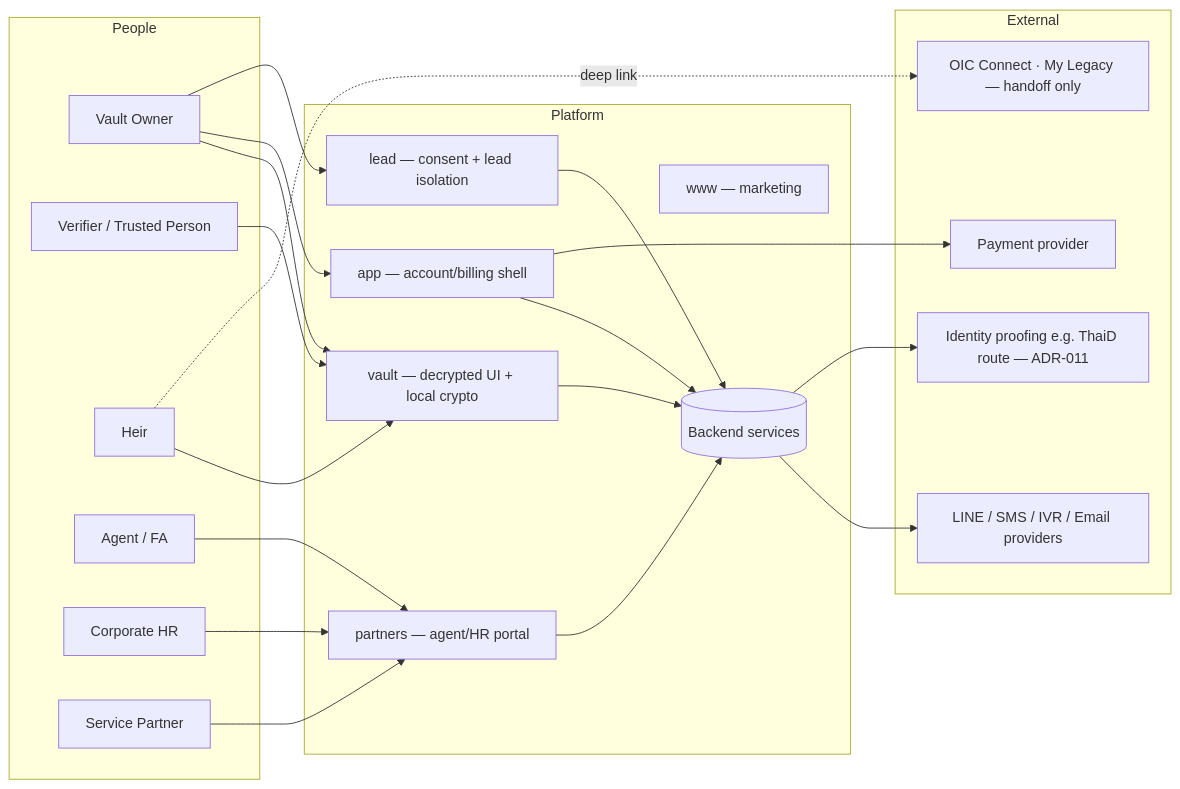
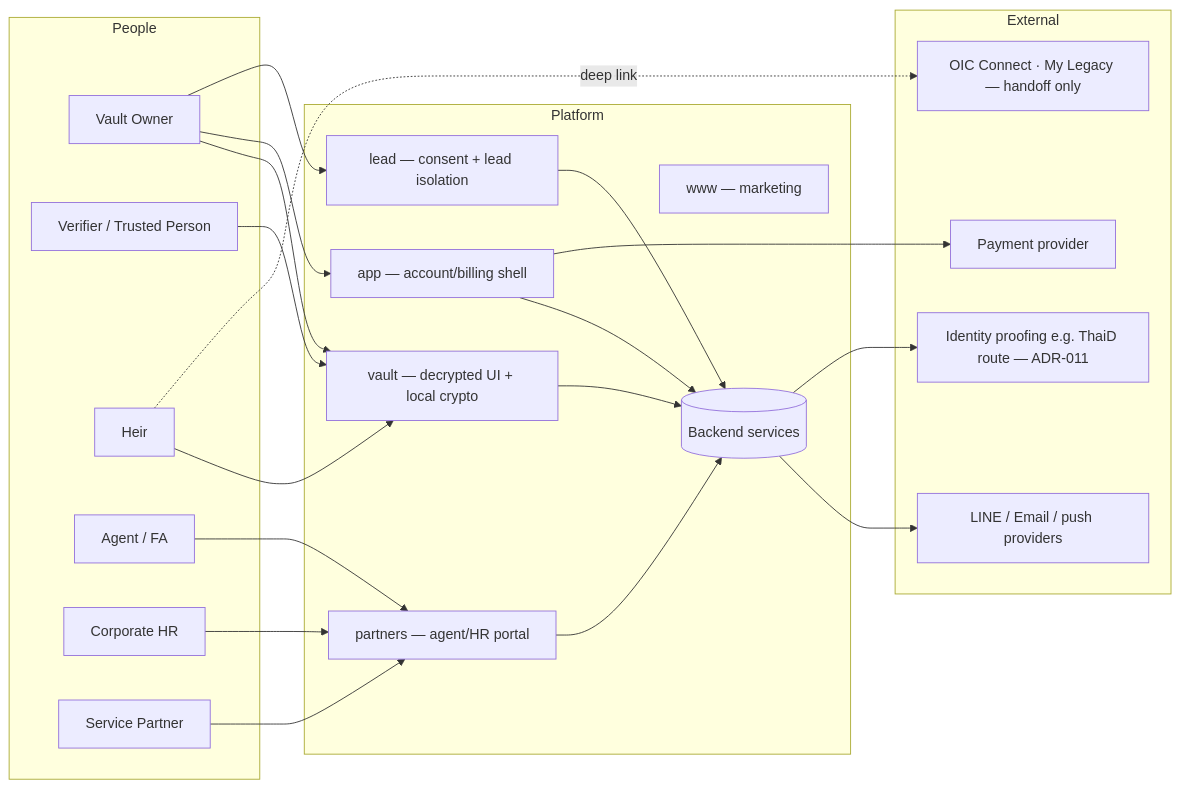
The first of 5 diagrams in docs/ARCHITECTURE.md (naiiytom/jadwai-app), drawn with Mermaid before and after one commit. The commit also changed other lines of this file and 11 other files, not shown here.

````diff
--- a/docs/ARCHITECTURE.md
+++ b/docs/ARCHITECTURE.md
@@ -18,44 +18,44 @@
 ```mermaid
 flowchart LR
   subgraph People
     O[Vault Owner]
     V[Verifier / Trusted Person]
     H[Heir]
     A[Agent / FA]
     HR[Corporate HR]
     P[Service Partner]
   end
 
   subgraph Platform
     WWW[www — marketing]
     APP[app — account/billing shell]
     VAULT[vault — decrypted UI + local crypto]
     PARTNERS[partners — agent/HR portal]
     LEAD[lead — consent + lead isolation]
     API[(Backend services)]
   end
 
   subgraph External
-    LINE[LINE / SMS / IVR / Email providers]
+    LINE[LINE / Email / push providers]
     IDP[Identity proofing e.g. ThaiD route — ADR-011]
     OIC[OIC Connect · My Legacy — handoff only]
     PAY[Payment provider]
   end
 
   O --> VAULT
   O --> APP
   V --> VAULT
   H --> VAULT
   A --> PARTNERS
   HR --> PARTNERS
   P --> PARTNERS
   O --> LEAD
   VAULT --> API
   APP --> API
   PARTNERS --> API
   LEAD --> API
   API --> LINE
   API --> IDP
   APP --> PAY
   H -. deep link .-> OIC
 ```
````
